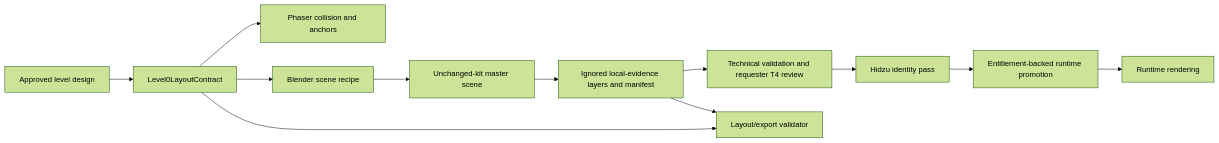
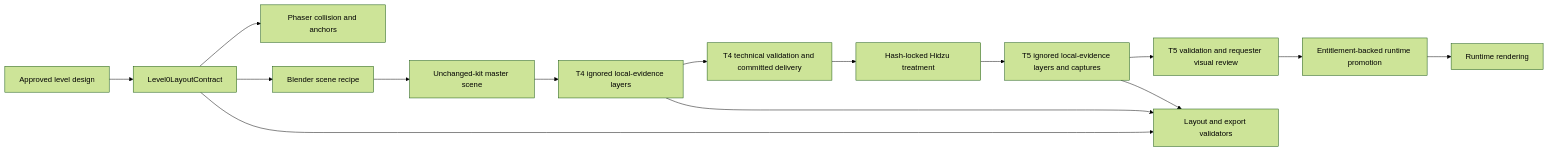
One commit to deus42/the-getaway changed the diagram in memory-bank/04 Engineering/Architecture.md. Above: the diagram before and after it, drawn with Mermaid (forest theme). The commit also changed other lines of this file and 21 other files, not shown here.

Commit message:
improvement(GET-205): build Hidzu visual treatment

````diff
--- a/memory-bank/04 Engineering/Architecture.md
+++ b/memory-bank/04 Engineering/Architecture.md
@@ -598,14 +598,17 @@
 ```mermaid
 flowchart LR
   A["Approved level design"] --> B["Level0LayoutContract"]
   B --> C["Phaser collision and anchors"]
   B --> D["Blender scene recipe"]
   D --> E["Unchanged-kit master scene"]
-  E --> F["Ignored local-evidence layers and manifest"]
-  F --> G["Technical validation and requester T4 review"]
-  G --> H["Hidzu identity pass"]
-  H --> I["Entitlement-backed runtime promotion"]
-  F --> J["Layout/export validator"]
-  B --> J
-  I --> K["Runtime rendering"]
+  E --> F["T4 ignored local-evidence layers"]
+  F --> G["T4 technical validation and committed delivery"]
+  G --> H["Hash-locked Hidzu treatment"]
+  H --> I["T5 ignored local-evidence layers and captures"]
+  I --> J["T5 validation and requester visual review"]
+  J --> K["Entitlement-backed runtime promotion"]
+  F --> L["Layout and export validators"]
+  I --> L
+  B --> L
+  K --> M["Runtime rendering"]
 ```
````
